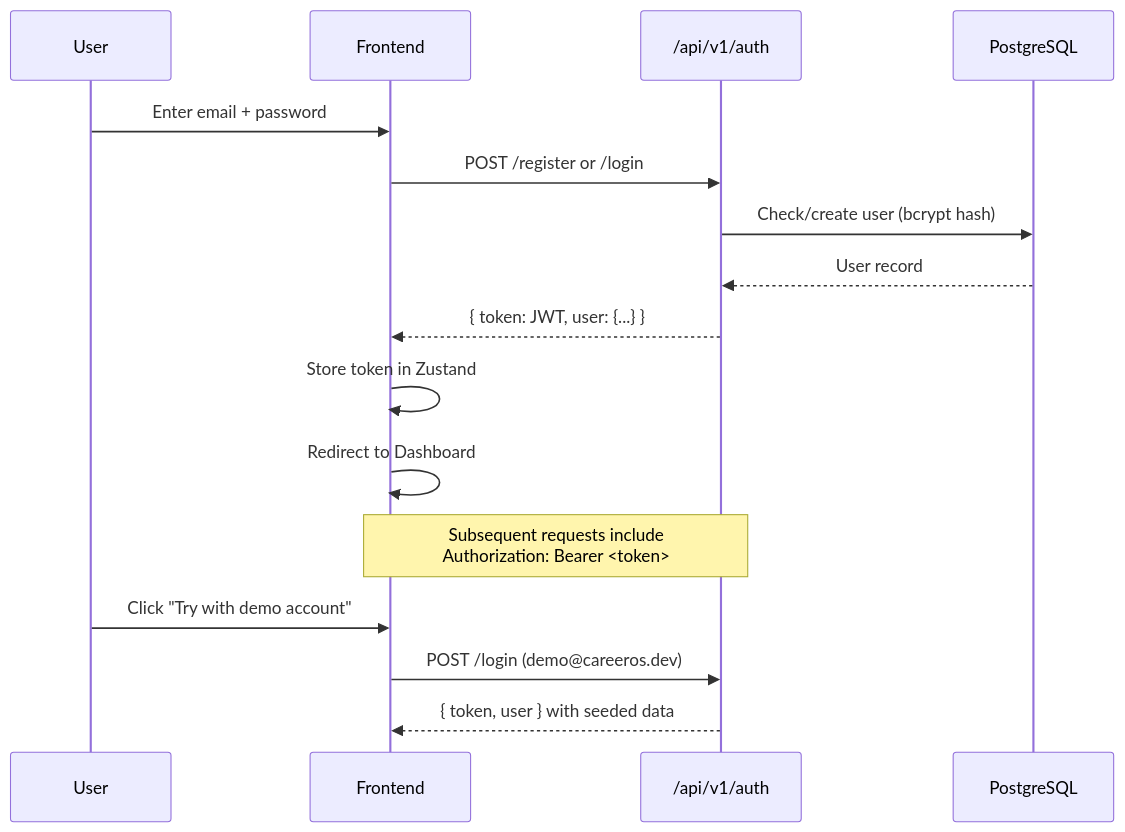
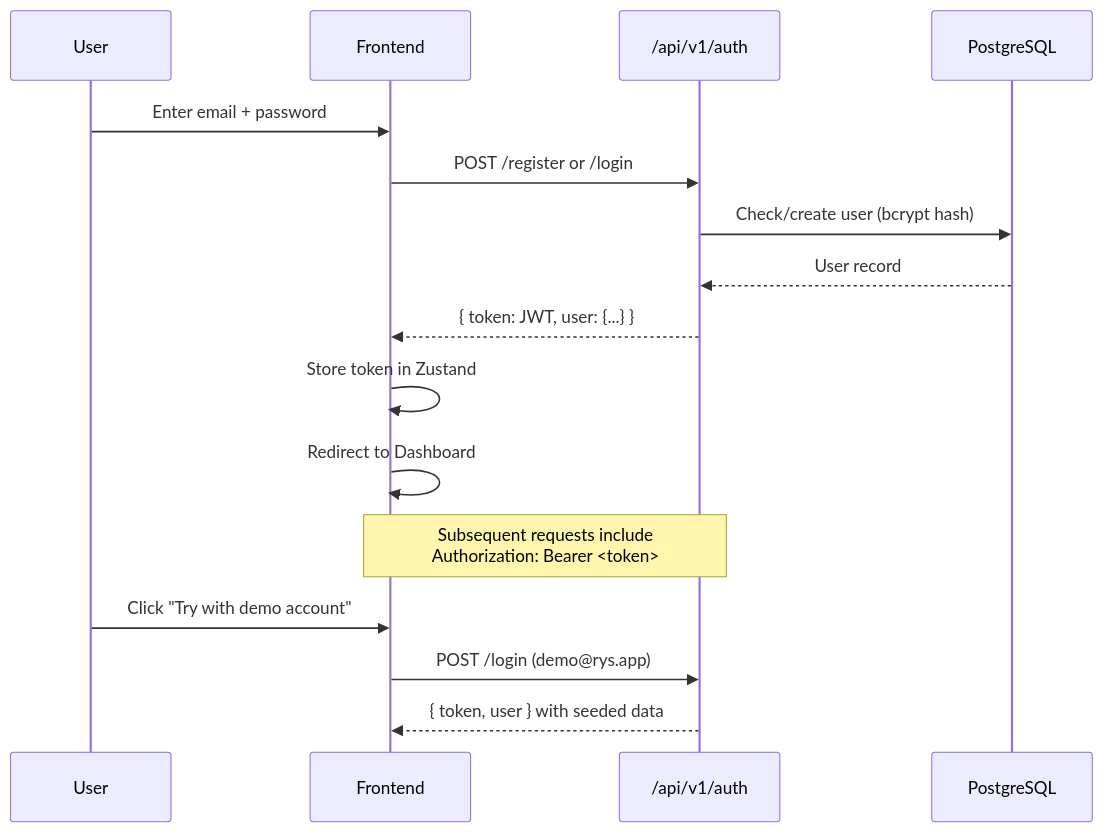
The third of 4 diagrams in README.md (me-adityaraj8/career-os), drawn with Mermaid before and after one commit. The commit also changed other lines of this file and 12 other files, not shown here.

````diff
--- a/README.md
+++ b/README.md
@@ -138,21 +138,21 @@
 ```mermaid
 sequenceDiagram
     participant U as User
     participant F as Frontend
     participant A as /api/v1/auth
     participant DB as PostgreSQL
 
     U->>F: Enter email + password
     F->>A: POST /register or /login
     A->>DB: Check/create user (bcrypt hash)
     DB-->>A: User record
     A-->>F: { token: JWT, user: {...} }
     F->>F: Store token in Zustand
     F->>F: Redirect to Dashboard
 
     Note over F,A: Subsequent requests include<br/>Authorization: Bearer <token>
 
     U->>F: Click "Try with demo account"
-    F->>A: POST /login (demo@careeros.dev)
+    F->>A: POST /login (demo@rys.app)
     A-->>F: { token, user } with seeded data
 ```
````
